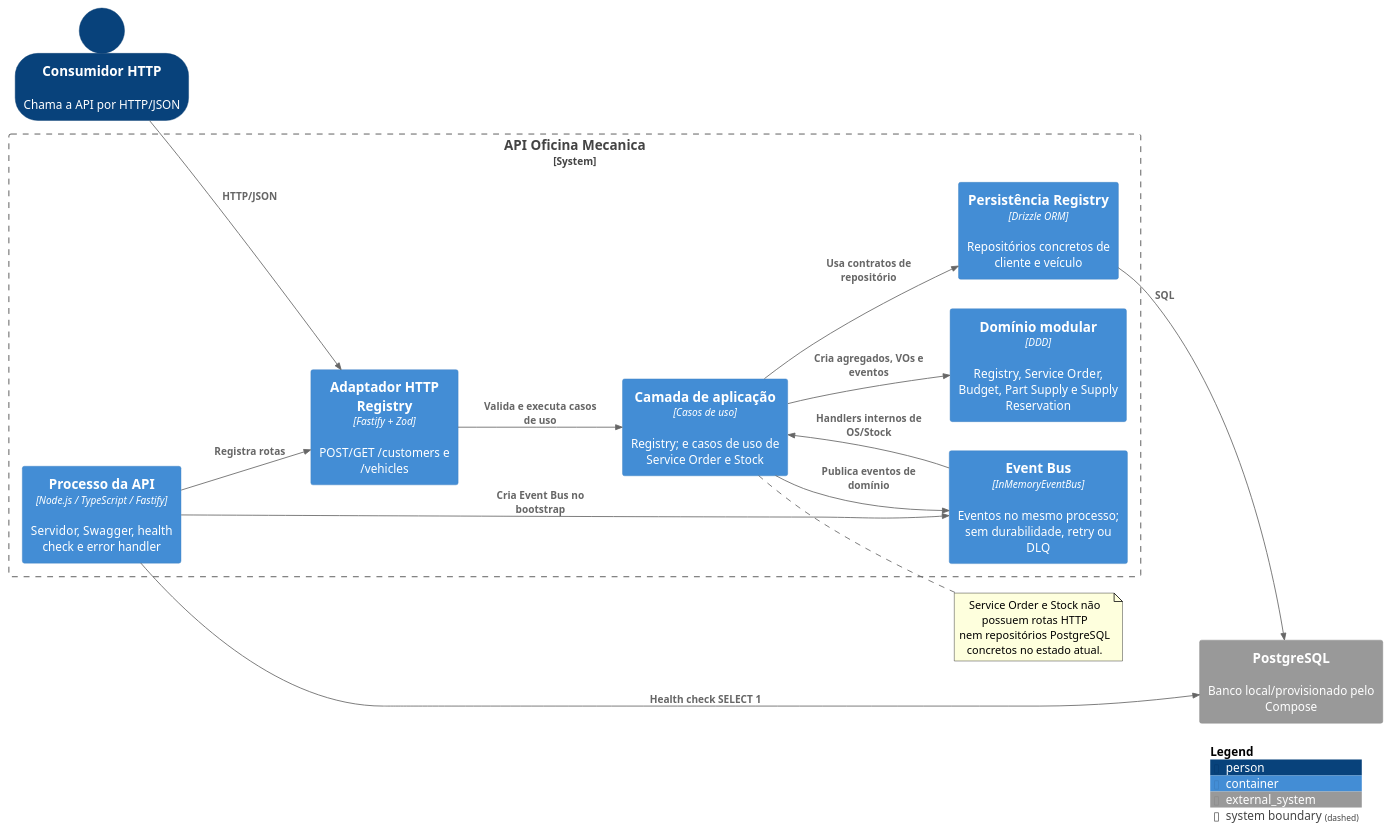
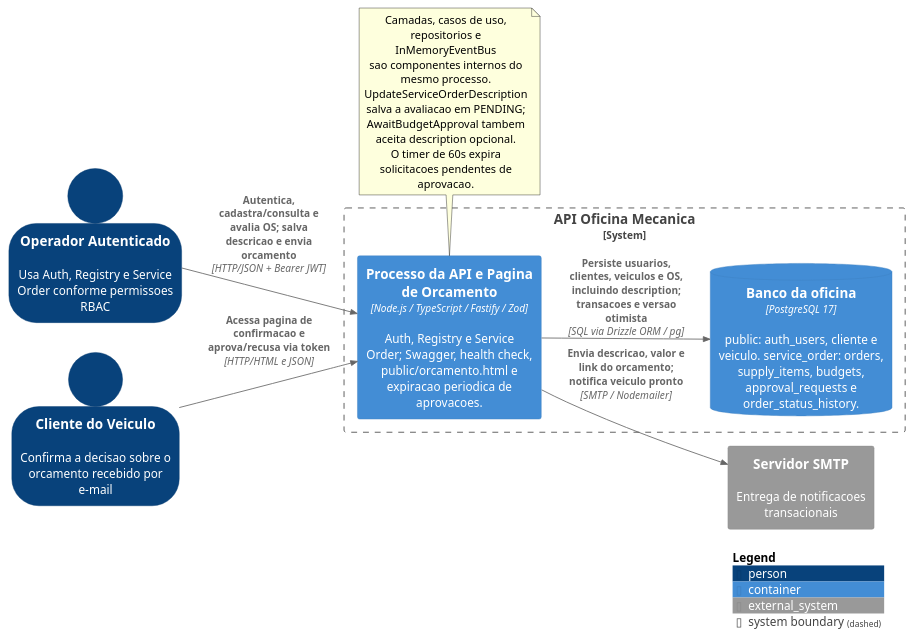
Before and after one commit to 15soat-fiap-45/api.mecanica: the diagram in docs/plantuml/c4-containers.puml, drawn with PlantUML. The commit also changed 21 other files, not shown here.

Commit message:
feat(service-order): allow evaluation description updates and align C4 docs

```diff
--- a/docs/plantuml/c4-containers.puml
+++ b/docs/plantuml/c4-containers.puml
@@ -1,34 +1,28 @@
 @startuml C4 Containers - API Oficina Mecanica
 !include https://raw.githubusercontent.com/plantuml-stdlib/C4-PlantUML/master/C4_Container.puml
 LAYOUT_LEFT_RIGHT()
 SHOW_PERSON_OUTLINE()
 
-Person(client, "Consumidor HTTP", "Chama a API por HTTP/JSON")
+Person(operator, "Operador Autenticado", "Usa Auth, Registry e Service Order conforme permissoes RBAC")
+Person(customer, "Cliente do Veiculo", "Confirma a decisao sobre o orcamento recebido por e-mail")
 
 System_Boundary(system, "API Oficina Mecanica") {
-    Container(api, "Processo da API", "Node.js / TypeScript / Fastify", "Servidor, Swagger, health check e error handler")
-    Container(registry_http, "Adaptador HTTP Registry", "Fastify + Zod", "POST/GET /customers e /vehicles")
-    Container(application, "Camada de aplicação", "Casos de uso", "Registry; e casos de uso de Service Order e Stock")
-    Container(domain, "Domínio modular", "DDD", "Registry, Service Order, Budget, Part Supply e Supply Reservation")
-    Container(event_bus, "Event Bus", "InMemoryEventBus", "Eventos no mesmo processo; sem durabilidade, retry ou DLQ")
-    Container(drizzle, "Persistência Registry", "Drizzle ORM", "Repositórios concretos de cliente e veículo")
+    Container(api, "Processo da API e Pagina de Orcamento", "Node.js / TypeScript / Fastify / Zod", "Auth, Registry e Service Order; Swagger, health check, public/orcamento.html e expiracao periodica de aprovacoes.")
+    ContainerDb(postgres, "Banco da oficina", "PostgreSQL 17", "public: auth_users, cliente e veiculo. service_order: orders, supply_items, budgets, approval_requests e order_status_history.")
 }
-System_Ext(postgres, "PostgreSQL", "Banco local/provisionado pelo Compose")
+System_Ext(smtp, "Servidor SMTP", "Entrega de notificacoes transacionais")
 
-Rel(client, registry_http, "HTTP/JSON")
-Rel(registry_http, application, "Valida e executa casos de uso")
-Rel(application, domain, "Cria agregados, VOs e eventos")
-Rel(application, drizzle, "Usa contratos de repositório")
-Rel(drizzle, postgres, "SQL")
-Rel(application, event_bus, "Publica eventos de domínio")
-Rel(event_bus, application, "Handlers internos de OS/Stock")
-Rel(api, registry_http, "Registra rotas")
-Rel(api, event_bus, "Cria Event Bus no bootstrap")
-Rel(api, postgres, "Health check SELECT 1")
+Rel(operator, api, "Autentica, cadastra/consulta e avalia OS; salva descricao e envia orcamento", "HTTP/JSON + Bearer JWT")
+Rel(customer, api, "Acessa pagina de confirmacao e aprova/recusa via token", "HTTP/HTML e JSON")
+Rel(api, postgres, "Persiste usuarios, clientes, veiculos e OS, incluindo description; transacoes e versao otimista", "SQL via Drizzle ORM / pg")
+Rel(api, smtp, "Envia descricao, valor e link do orcamento; notifica veiculo pronto", "SMTP / Nodemailer")
 
-note right of application
-    Service Order e Stock não possuem rotas HTTP
-    nem repositórios PostgreSQL concretos no estado atual.
+note bottom of api
+    Camadas, casos de uso, repositorios e InMemoryEventBus
+    sao componentes internos do mesmo processo.
+    UpdateServiceOrderDescription salva a avaliacao em PENDING;
+    AwaitBudgetApproval tambem aceita description opcional.
+    O timer de 60s expira solicitacoes pendentes de aprovacao.
 end note
 SHOW_LEGEND()
 @enduml
```
